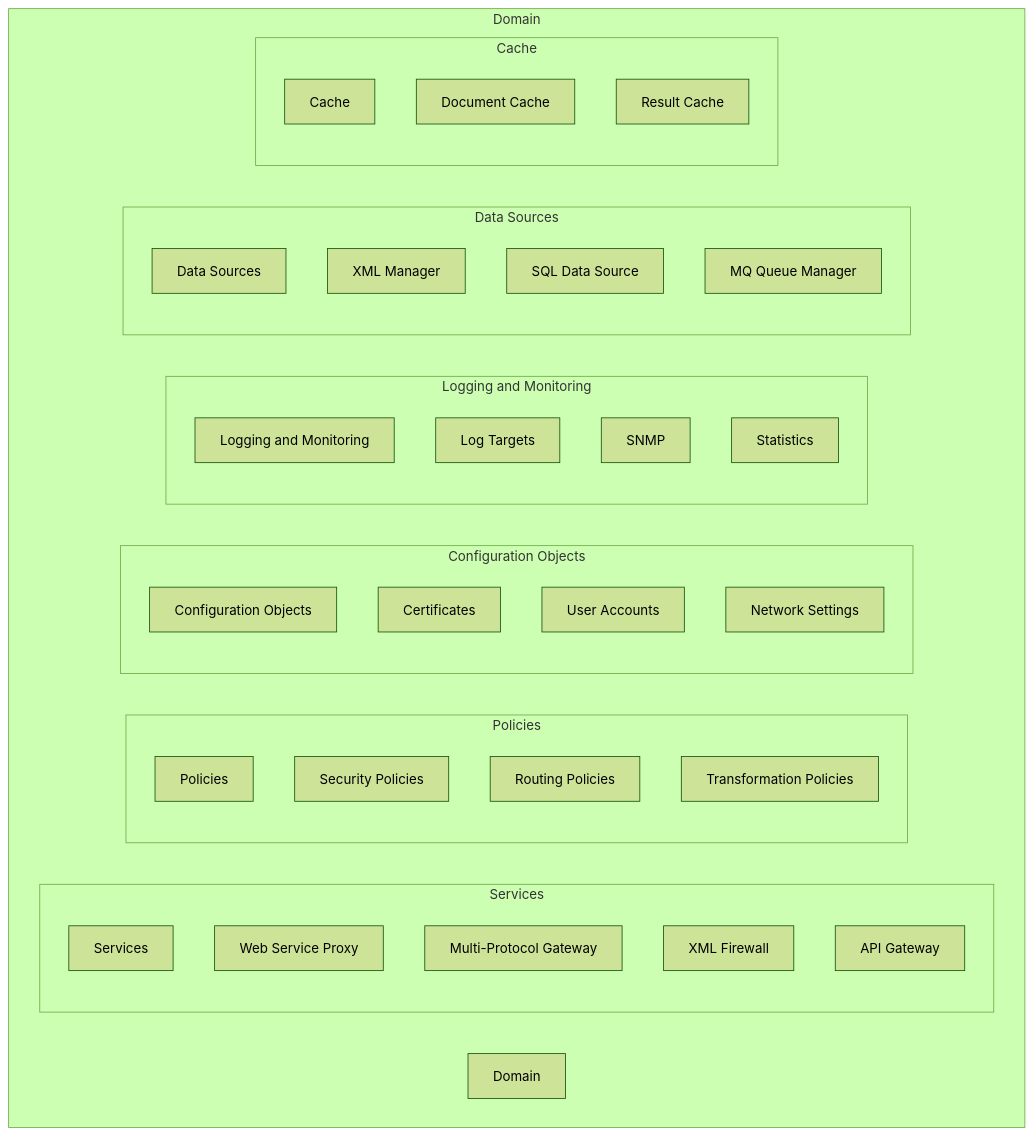
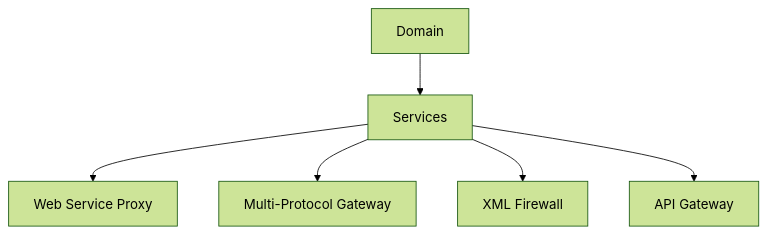
Before and after one commit to geoking41/datapower-dashboard: the first of 6 diagrams in dashboard/docs/domains.md, drawn with Mermaid (forest theme). The commit also changed other lines of this file and 1 other file, not shown here.

Commit message:
refactor domain documentation structure and enhance mermaid diagrams for clarity

````diff
--- a/dashboard/docs/domains.md
+++ b/dashboard/docs/domains.md
@@ -5,42 +5,8 @@
 ```mermaid
 graph TD
-    subgraph Domain
-        A[Domain]
-        subgraph Services
-            B[Services]
-            B1[Web Service Proxy]
-            B2[Multi-Protocol Gateway]
-            B3[XML Firewall]
-            B4[API Gateway]
-        end
-        subgraph Policies
-            C[Policies]
-            C1[Security Policies]
-            C2[Routing Policies]
-            C3[Transformation Policies]
-        end
-        subgraph Configuration Objects
-            D[Configuration Objects]
-            D1[Certificates]
-            D2[User Accounts]
-            D3[Network Settings]
-        end
-        subgraph Logging and Monitoring
-            E[Logging and Monitoring]
-            E1[Log Targets]
-            E2[SNMP]
-            E3[Statistics]
-        end
-        subgraph Data Sources
-            F[Data Sources]
-            F1[XML Manager]
-            F2[SQL Data Source]
-            F3[MQ Queue Manager]
-        end
-        subgraph Cache
-            G[Cache]
-            G1[Document Cache]
-            G2[Result Cache]
-        end
-    end
+    A[Domain] --> B[Services]
+    B --> B1[Web Service Proxy]
+    B --> B2[Multi-Protocol Gateway]
+    B --> B3[XML Firewall]
+    B --> B4[API Gateway]
 ```
````
